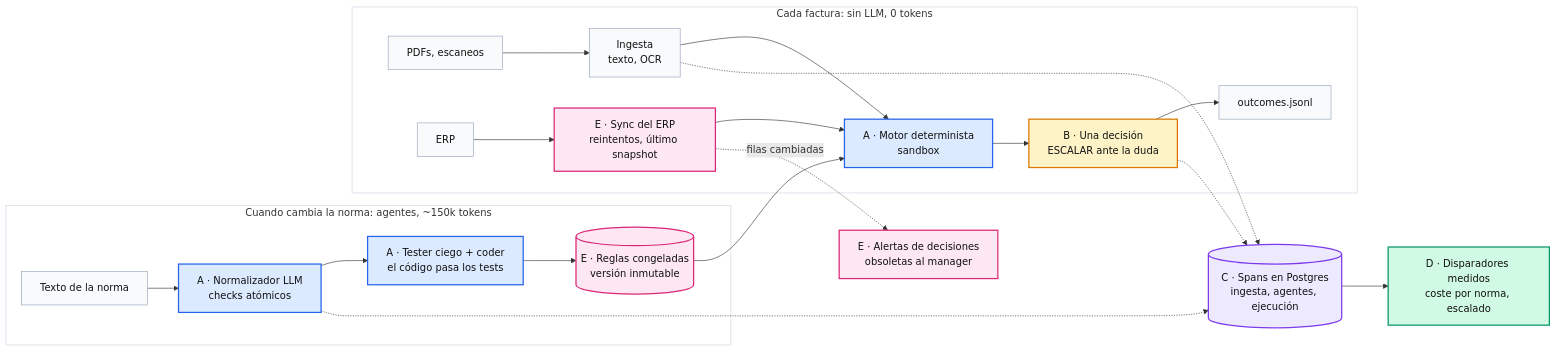
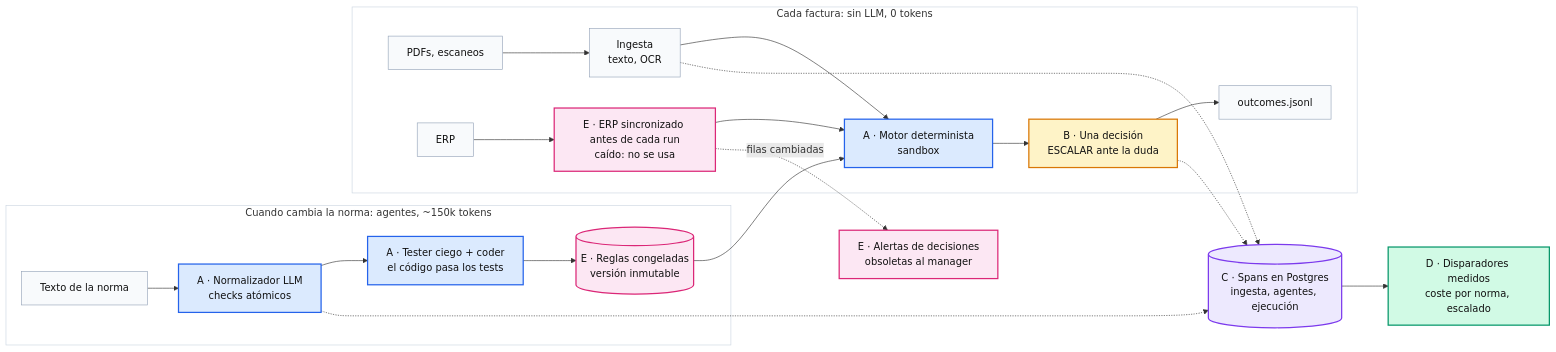
Before and after one commit to Martinhdeez/trace-it: the first of 6 diagrams in demo-logs/delivery/albertitos_plan.md, drawn with Mermaid. The commit also changed other lines of this file and 16 other files, not shown here.

First line of the commit message:
docs(adr): 0027 and 0028 into detail; key B adds SOURCE_UNAVAILABLE, key E syncs the ERP before every run

````diff
--- a/demo-logs/delivery/albertitos_plan.md
+++ b/demo-logs/delivery/albertitos_plan.md
@@ -168,36 +168,36 @@
 ```mermaid
 flowchart LR
   subgraph CHG["Cuando cambia la norma: agentes, ~150k tokens"]
     NORM["Texto de la norma"] --> NZ["A · Normalizador LLM<br/>checks atómicos"]
     NZ --> TC["A · Tester ciego + coder<br/>el código pasa los tests"]
     TC --> FR[("E · Reglas congeladas<br/>versión inmutable")]
   end
   subgraph RUN["Cada factura: sin LLM, 0 tokens"]
     PDF["PDFs, escaneos"] --> ING["Ingesta<br/>texto, OCR"]
-    ERP["ERP"] --> SYNC["E · Sync del ERP<br/>reintentos, último snapshot"]
+    ERP["ERP"] --> SYNC["E · ERP sincronizado antes de cada run<br/>caído: no se usa"]
     ING --> ENG["A · Motor determinista<br/>sandbox"]
     SYNC --> ENG
     ENG --> DEC["B · Una decisión<br/>ESCALAR ante la duda"]
     DEC --> EXP["outcomes.jsonl"]
   end
   FR --> ENG
   NZ -.-> EV[("C · Spans en Postgres<br/>ingesta, agentes, ejecución")]
   ING -.-> EV
   DEC -.-> EV
   EV --> SC["D · Disparadores medidos<br/>coste por norma, escalado"]
   SYNC -. "filas cambiadas" .-> AL["E · Alertas de decisiones<br/>obsoletas al manager"]
   classDef ka fill:#dbeafe,stroke:#2563eb,stroke-width:2px,color:#111
   classDef kb fill:#fef3c7,stroke:#d97706,stroke-width:2px,color:#111
   classDef kc fill:#ede9fe,stroke:#7c3aed,stroke-width:2px,color:#111
   classDef kd fill:#d1fae5,stroke:#059669,stroke-width:2px,color:#111
   classDef ke fill:#fce7f3,stroke:#db2777,stroke-width:2px,color:#111
   classDef plain fill:#f8fafc,stroke:#94a3b8,color:#111
   class NZ,TC,ENG ka
   class DEC kb
   class EV kc
   class SC kd
   class FR,SYNC,AL ke
   class NORM,PDF,ERP,ING,EXP plain
   style CHG fill:#ffffff,stroke:#cbd5e1
   style RUN fill:#ffffff,stroke:#cbd5e1
 ```
````
